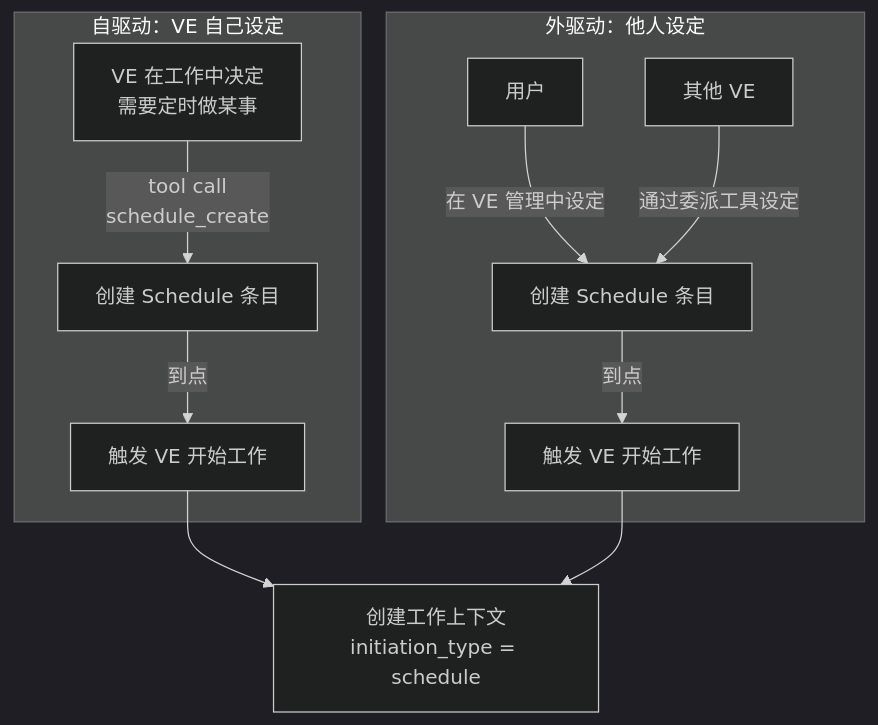
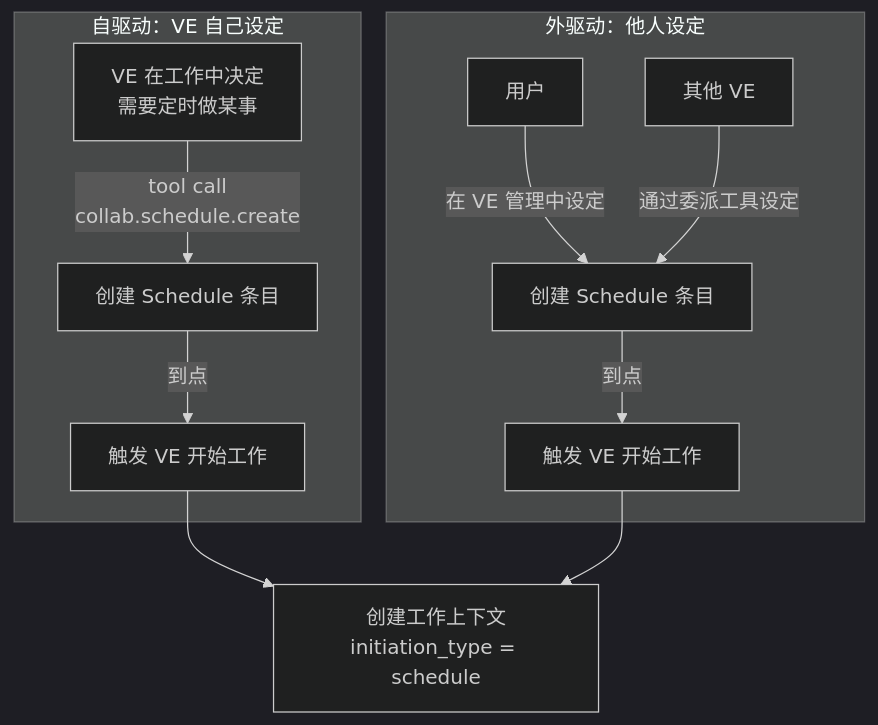
One commit to chongyi/virtual-team-architecture changed the first of 2 diagrams in virtual-team/src/04-collaboration-app/collaboration-tools/schedule-and-timer.md. Above: the diagram before and after it, drawn with Mermaid (dark theme). The commit also changed other lines of this file and 8 other files, not shown here.

````diff
--- a/virtual-team/src/04-collaboration-app/collaboration-tools/schedule-and-timer.md
+++ b/virtual-team/src/04-collaboration-app/collaboration-tools/schedule-and-timer.md
@@ -71,17 +73,17 @@
 ```mermaid
 flowchart TD
     subgraph selfDriven["自驱动：VE 自己设定"]
         ve1[VE 在工作中决定<br/>需要定时做某事]
-        ve1 -->|"tool call<br/>schedule_create"| sch1[创建 Schedule 条目]
+        ve1 -->|"tool call<br/>collab.schedule.create"| sch1[创建 Schedule 条目]
         sch1 -->|"到点"| trigger1[触发 VE 开始工作]
     end
 
     subgraph externalDriven["外驱动：他人设定"]
         user1[用户] -->|"在 VE 管理中设定"| sch2[创建 Schedule 条目]
         otherVE[其他 VE] -->|"通过委派工具设定"| sch2
         sch2 -->|"到点"| trigger2[触发 VE 开始工作]
     end
 
     trigger1 --> wc[创建工作上下文<br/>initiation_type = schedule]
     trigger2 --> wc
 ```
````
